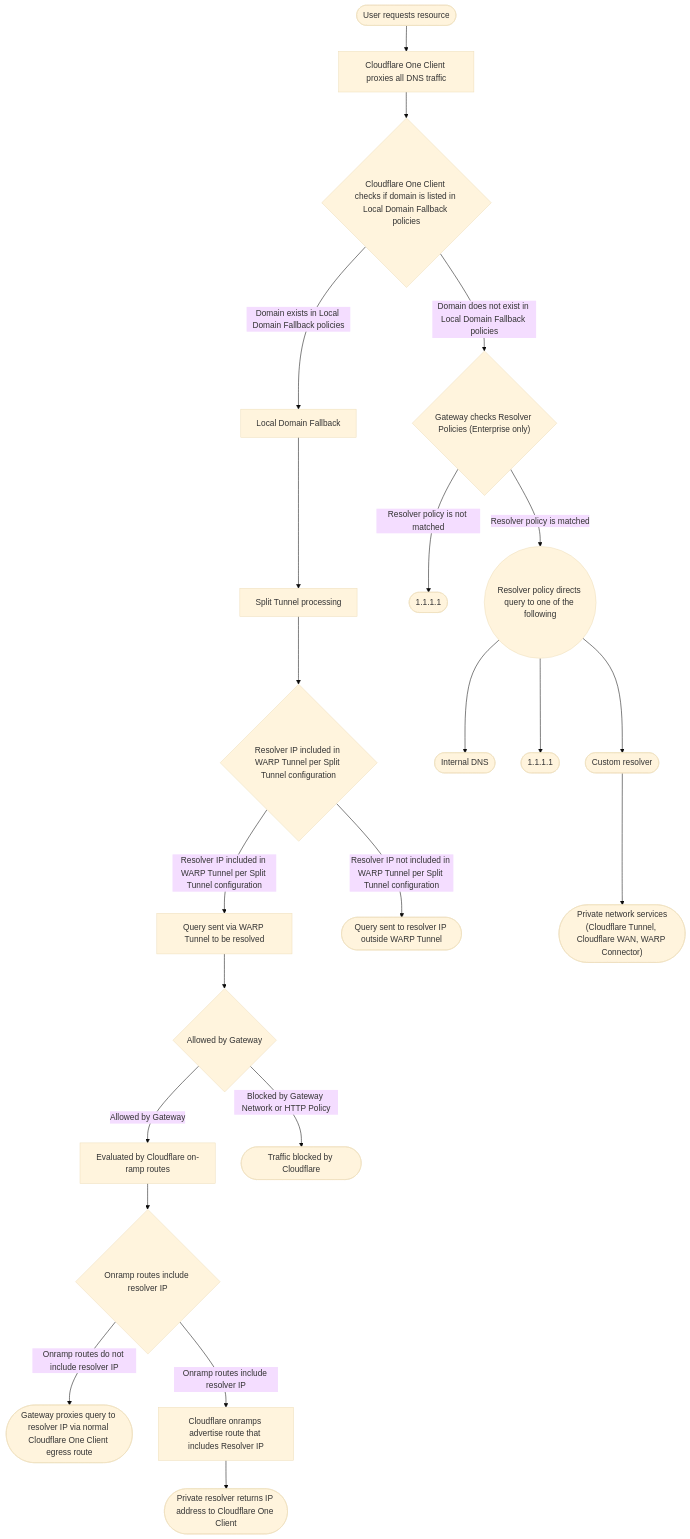
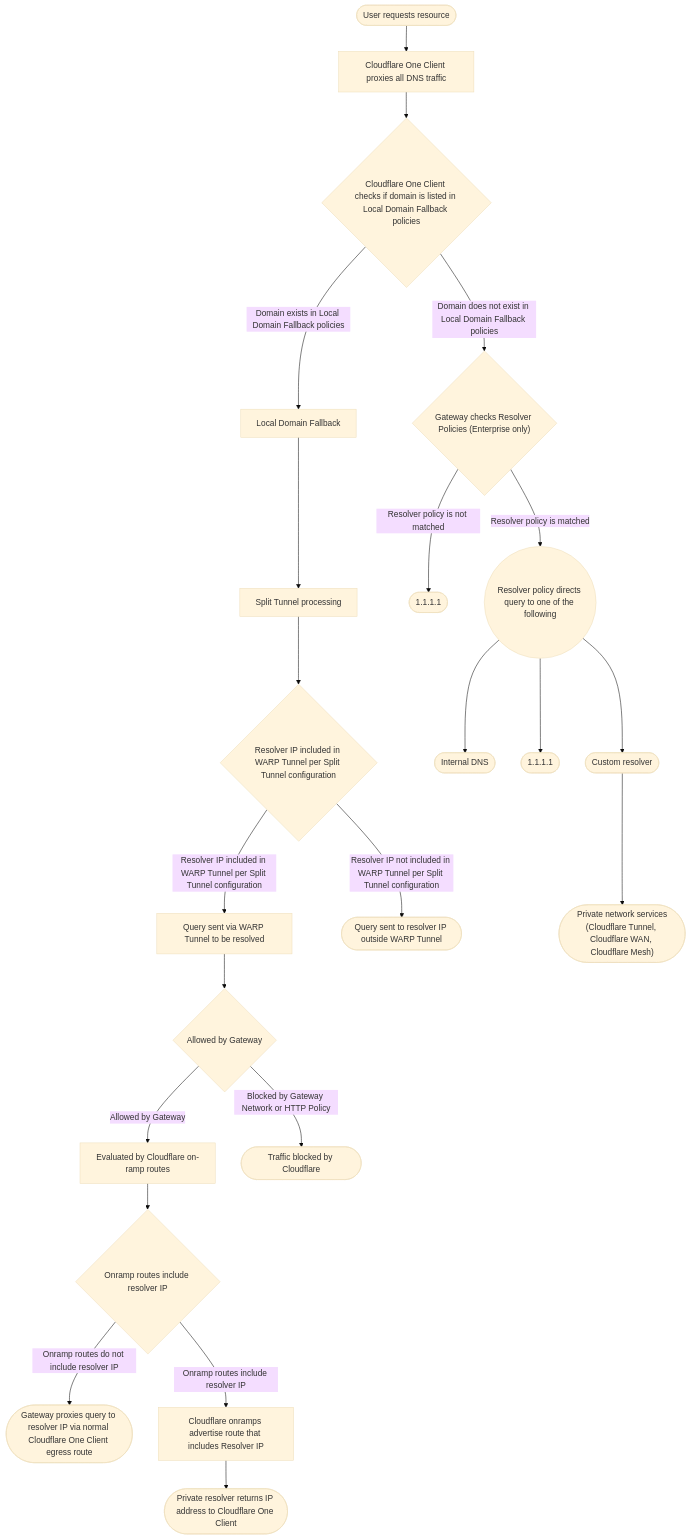
Before and after one commit to rdhanarot/cloudflare-docs: the diagram in src/content/docs/cloudflare-one/team-and-resources/devices/cloudflare-one-client/configure/route-traffic/index.mdx, drawn with Mermaid (base theme). The commit also changed other lines of this file and 81 other files, not shown here.

First line of the commit message:
Add Cloudflare Mesh documentation and rename WARP Connector (#29750)

````diff
--- a/src/content/docs/cloudflare-one/team-and-resources/devices/cloudflare-one-client/configure/route-traffic/index.mdx
+++ b/src/content/docs/cloudflare-one/team-and-resources/devices/cloudflare-one-client/configure/route-traffic/index.mdx
@@ -32,38 +32,38 @@
 ```mermaid
 flowchart TD
     %% Accessibility
     accTitle: How the Cloudflare One Client handles DNS requests
     accDescr: Flowchart describing how the Cloudflare One Client routes DNS queries when using Local Domain Fallback, Split Tunnels, and Gateway resolver policies.
 
     A(["User requests resource"]) --> B["Cloudflare One Client proxies all DNS traffic"]
     B --> LDFCHK{"Cloudflare One Client checks if domain is listed in Local Domain Fallback policies"}
 
     %% Left branch (LDF exists)
     LDFCHK -- Domain exists in Local Domain Fallback policies --> C["Local Domain Fallback"]
     C --> ST["Split Tunnel processing"]
 
     ST --> STCHK{"Resolver IP included in WARP Tunnel per Split Tunnel configuration"}
     STCHK -- Resolver IP included in WARP Tunnel per Split Tunnel configuration --> QW["Query sent via WARP Tunnel to be resolved"]
     STCHK -- Resolver IP not included in WARP Tunnel per Split Tunnel configuration --> QO(["Query sent to resolver IP outside WARP Tunnel"])
 
     %% Gateway evaluation after query via WARP
     QW --> GWALLOW{"Allowed by Gateway"}
     GWALLOW -- Allowed by Gateway --> OR["Evaluated by Cloudflare on-ramp routes"]
     GWALLOW -- Blocked by Gateway Network or HTTP Policy --> BLK(["Traffic blocked by Cloudflare"])
 
     OR --> ORCHK{"Onramp routes include resolver IP"}
     ORCHK -- Onramp routes do not include resolver IP --> GP(["Gateway proxies query to resolver IP via normal Cloudflare One Client egress route"])
     ORCHK -- Onramp routes include resolver IP --> ADV["Cloudflare onramps advertise route that includes Resolver IP"]
     ADV --> PR(["Private resolver returns IP address to Cloudflare One Client"])
 
     %% Right branch (no LDF match)
     LDFCHK -- Domain does not exist in Local Domain Fallback policies --> GWR{"Gateway checks Resolver Policies (Enterprise only)"}
 
     GWR -- Resolver policy is not matched --> C1111a(["1.1.1.1"])
 
     GWR -- Resolver policy is matched --> MATCH(("Resolver policy directs query to one of the following"))
     MATCH --> IDNS(["Internal DNS"])
     MATCH --> C1111b(["1.1.1.1"])
     MATCH --> CUST(["Custom resolver"])
-    CUST --> PNS(["Private network services<br>(Cloudflare Tunnel, Cloudflare WAN, WARP Connector)"])
+    CUST --> PNS(["Private network services<br>(Cloudflare Tunnel, Cloudflare WAN, Cloudflare Mesh)"])
 ```
````
